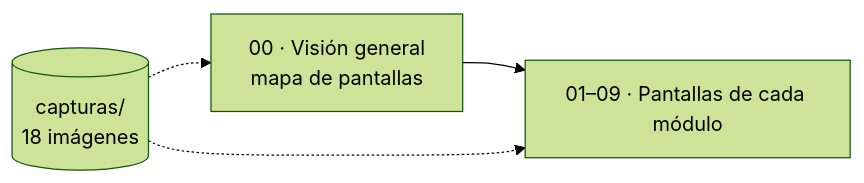
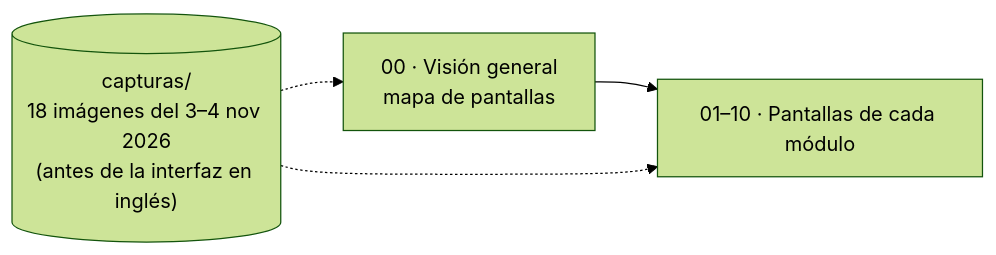
Before and after one commit to PabloP150/proyecto-is-cc6: the diagram in documentacion/05-interfaz/README.md, drawn with Mermaid (forest theme). The commit also changed other lines of this file and 204 other files, not shown here.

First line of the commit message:
docs: update all documentation, diagrams and PNGs to the test/e2e state

````diff
--- a/documentacion/05-interfaz/README.md
+++ b/documentacion/05-interfaz/README.md
@@ -5,6 +5,6 @@
 ```mermaid
 flowchart LR
-    G["00 · Visión general<br/>mapa de pantallas"] --> M["01–09 · Pantallas de cada módulo"]
-    C[("capturas/<br/>18 imágenes")] -.-> G
+    G["00 · Visión general<br/>mapa de pantallas"] --> M["01–10 · Pantallas de cada módulo"]
+    C[("capturas/<br/>18 imágenes del 3–4 nov 2026<br/>(antes de la interfaz en inglés)")] -.-> G
     C -.-> M
 ```
````
